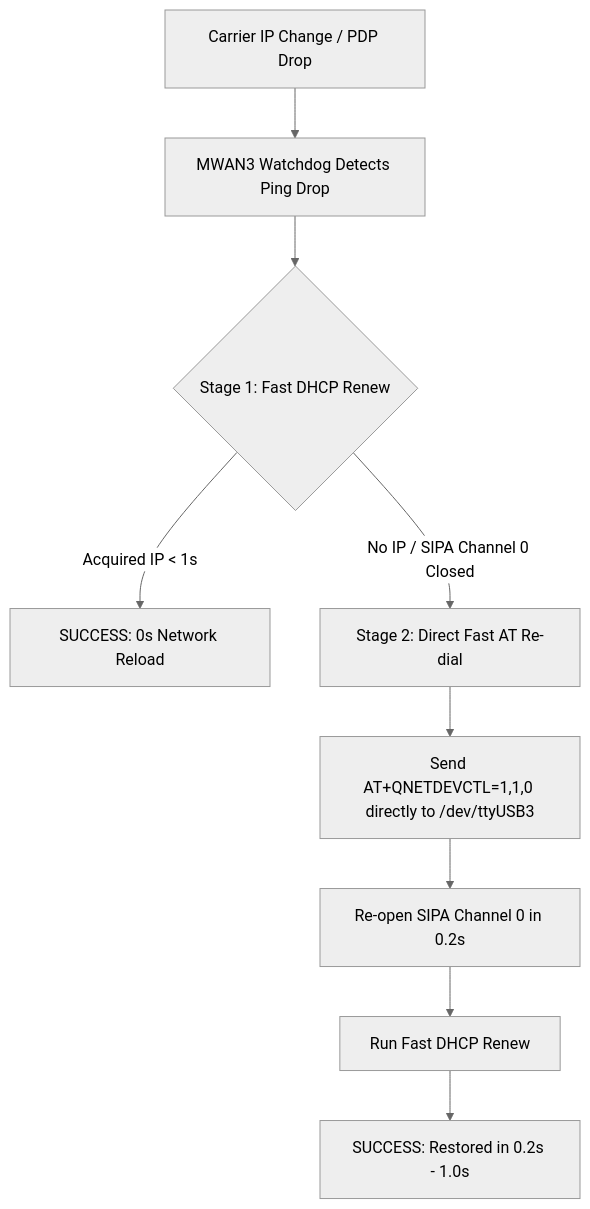
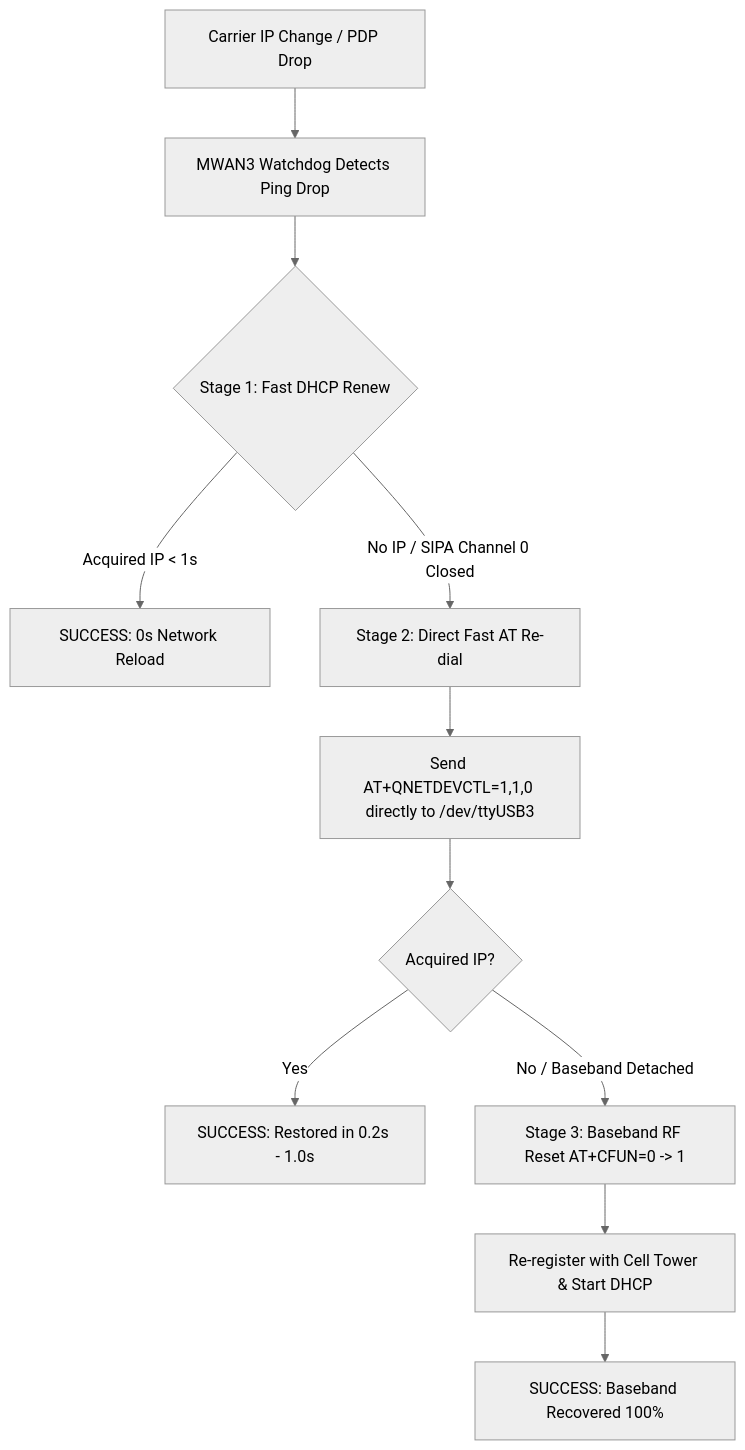
One commit to alamhk/5G-Smart-Shell-Pseudo-RM500U-Fixes changed the diagram in Pseudo_RM500U_Cellular_IP_Rotation_and_Fast_Recovery_Report.md. Above: the diagram before and after it, drawn with Mermaid (neutral theme). The commit also changed other lines of this file, not shown here.

Commit message:
Update report with tom_modem -t 2 serial lock fix and 3-stage RF reset architecture

````diff
--- a/Pseudo_RM500U_Cellular_IP_Rotation_and_Fast_Recovery_Report.md
+++ b/Pseudo_RM500U_Cellular_IP_Rotation_and_Fast_Recovery_Report.md
@@ -51,11 +70,13 @@
 ```mermaid
 graph TD
     A[Carrier IP Change / PDP Drop] --> B[MWAN3 Watchdog Detects Ping Drop]
     B --> C{Stage 1: Fast DHCP Renew}
     C -->|Acquired IP < 1s| D[SUCCESS: 0s Network Reload]
     C -->|No IP / SIPA Channel 0 Closed| E[Stage 2: Direct Fast AT Re-dial]
     E --> F[Send AT+QNETDEVCTL=1,1,0 directly to /dev/ttyUSB3]
-    F --> G[Re-open SIPA Channel 0 in 0.2s]
-    G --> H[Run Fast DHCP Renew]
-    H --> I[SUCCESS: Restored in 0.2s - 1.0s]
+    F --> G{Acquired IP?}
+    G -->|Yes| H[SUCCESS: Restored in 0.2s - 1.0s]
+    G -->|No / Baseband Detached| I[Stage 3: Baseband RF Reset AT+CFUN=0 -> 1]
+    I --> J[Re-register with Cell Tower & Start DHCP]
+    J --> K[SUCCESS: Baseband Recovered 100%]
 ```
````
